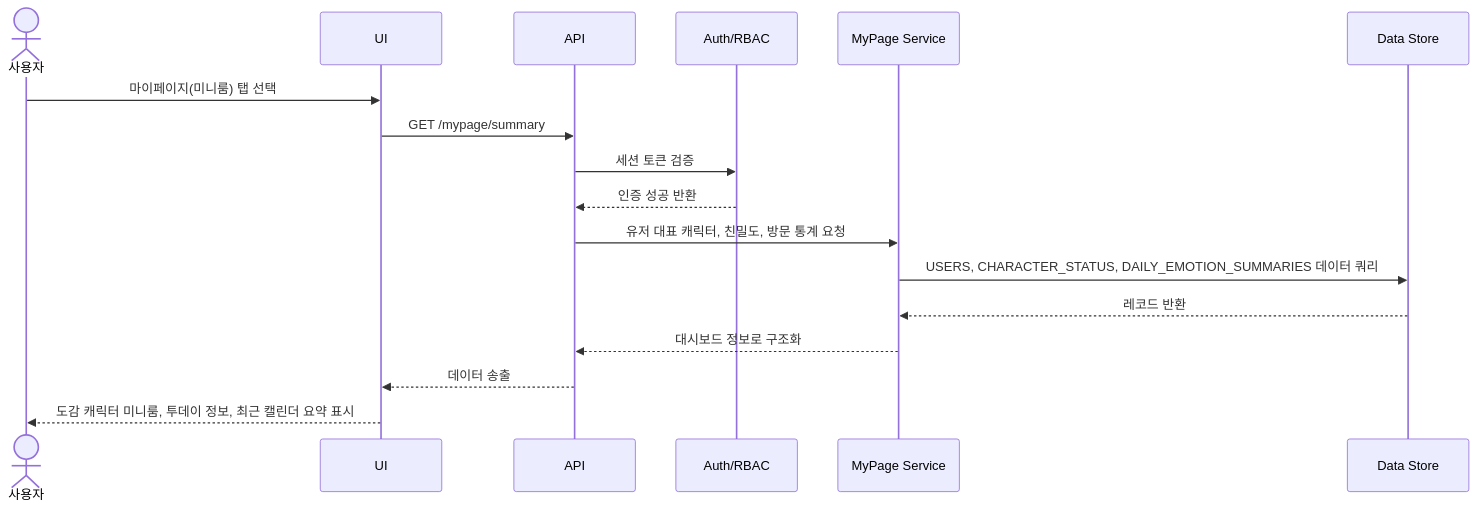
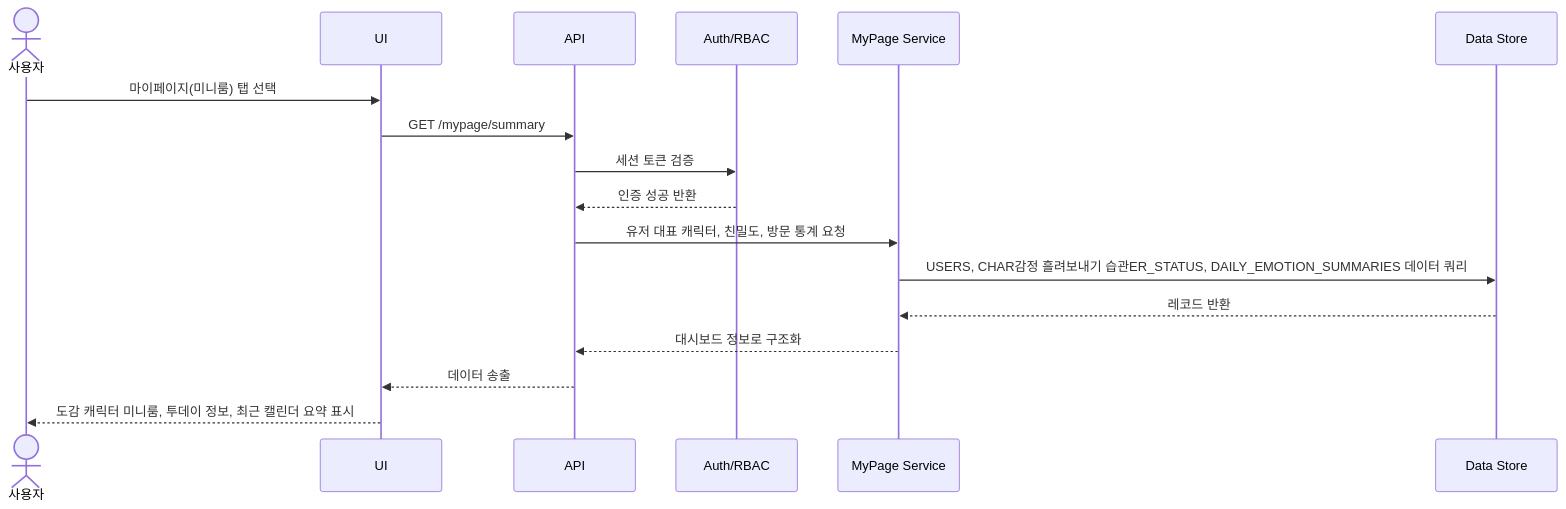
One commit to SKNETWORKS-FAMILY-AICAMP/SKN27-FINAL-4Team changed the seventh of 9 diagrams in docs/[통합] 시스템 설계서.md. Above: the diagram before and after it, drawn with Mermaid. The commit also changed other lines of this file and 89 other files, not shown here.

````diff
--- a/docs/[통합] 시스템 설계서.md
+++ b/docs/[통합] 시스템 설계서.md
@@ -1258,37 +1276,37 @@
 ```mermaid
 
 sequenceDiagram
 
     actor U as 사용자
 
     participant UI as UI
 
     participant API as API
 
     participant Auth as Auth/RBAC
 
     participant MY as MyPage Service
 
     participant DS as Data Store
 
     U->>UI: 마이페이지(미니룸) 탭 선택
 
     UI->>API: GET /mypage/summary
 
     API->>Auth: 세션 토큰 검증
 
     Auth-->>API: 인증 성공 반환
 
     API->>MY: 유저 대표 캐릭터, 친밀도, 방문 통계 요청
 
-    MY->>DS: USERS, CHARACTER_STATUS, DAILY_EMOTION_SUMMARIES 데이터 쿼리
+    MY->>DS: USERS, CHAR감정 흘려보내기 습관ER_STATUS, DAILY_EMOTION_SUMMARIES 데이터 쿼리
 
     DS-->>MY: 레코드 반환
 
     MY-->>API: 대시보드 정보로 구조화
 
     API-->>UI: 데이터 송출
 
     UI-->>U: 도감 캐릭터 미니룸, 투데이 정보, 최근 캘린더 요약 표시
 
 ```
````
